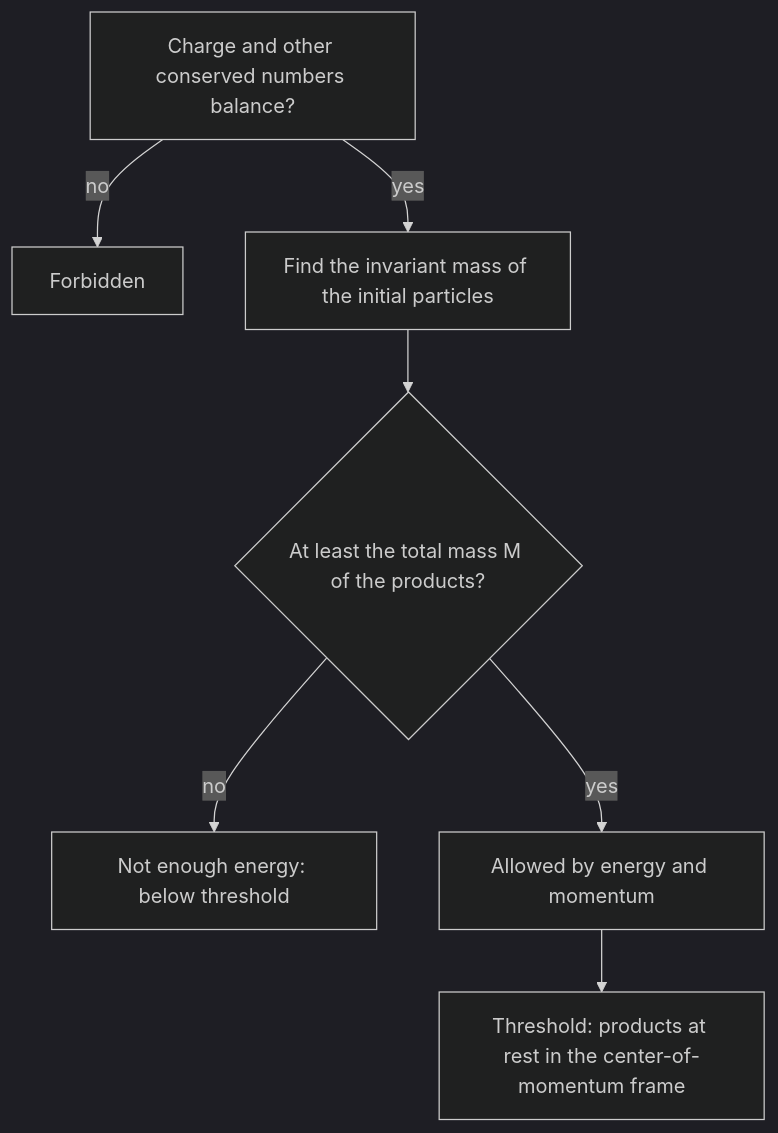
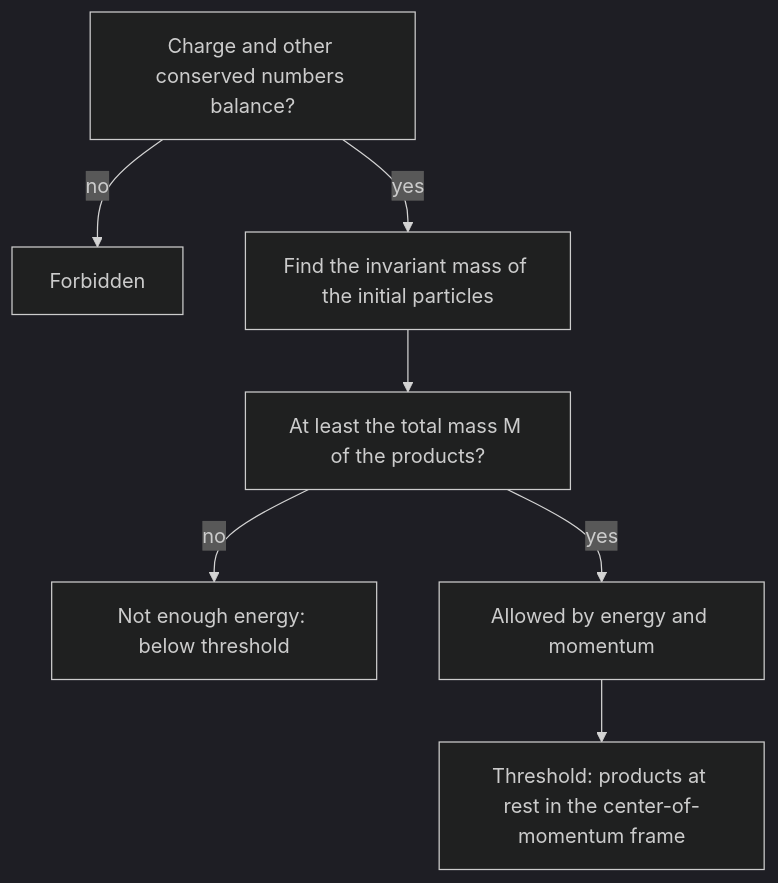
The diagram in content/math/university-physics-2/lessons/93-four-momentum.md (Aziliz/erudior), drawn with Mermaid (dark theme) before and after one commit. The commit also changed 26 other files, not shown here.

````diff
--- a/content/math/university-physics-2/lessons/93-four-momentum.md
+++ b/content/math/university-physics-2/lessons/93-four-momentum.md
@@ -72,11 +72,11 @@
 ```mermaid
 flowchart TD
   accTitle: Checking whether a reaction can happen
-  accDescr: First check that charge and the other conserved quantities balance. Then compute the invariant mass of the initial particles. If it is less than the total mass of the products, the reaction cannot happen at this energy. If it is at least the total mass, energy and momentum allow it, and the minimum beam kinetic energy is M squared minus the square of the beam plus target masses, all over twice the target mass, times c squared.
+  accDescr: First check that charge and the other conserved quantities balance; if not, the reaction is forbidden. Then compute the invariant mass of the initial particles. If it is less than the total mass of the products, the reaction cannot happen at this energy. If it is at least the total mass, energy and momentum allow it, and at the threshold energy the products are at rest in the center-of-momentum frame.
   A["Charge and other conserved numbers balance?"] -- no --> X["Forbidden"]
   A -- yes --> B["Find the invariant mass of the initial particles"]
-  B --> C{"At least the total mass M of the products?"}
+  B --> C["At least the total mass M of the products?"]
   C -- no --> Y["Not enough energy: below threshold"]
   C -- yes --> D["Allowed by energy and momentum"]
   D --> E["Threshold: products at rest in the center-of-momentum frame"]
 ```
````
